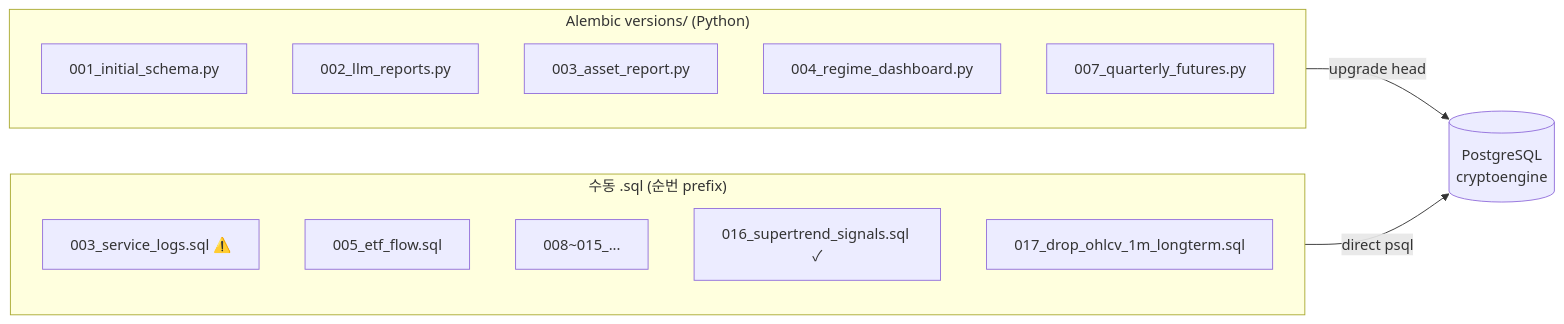
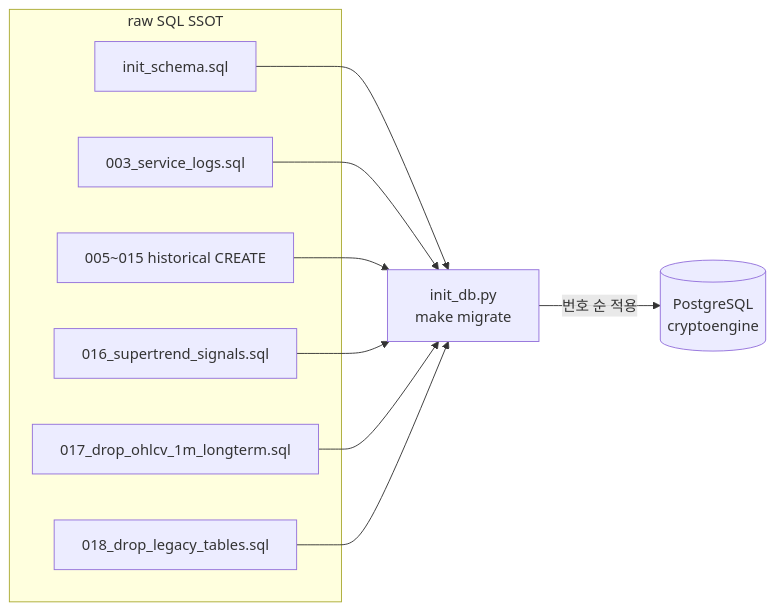
Before and after one commit to Justant-source/Bit-Mania: the second of 2 diagrams in docs/40-data/data-model.md, drawn with Mermaid. The commit also changed other lines of this file and 52 other files, not shown here.

First line of the commit message:
fix: fail-closed env, drop unused DB tables, and retire Alembic.

````diff
--- a/docs/40-data/data-model.md
+++ b/docs/40-data/data-model.md
@@ -290,20 +300,20 @@
 ```mermaid
 flowchart LR
-    subgraph alembic["Alembic versions/ (Python)"]
-        a1["001_initial_schema.py"]
-        a2["002_llm_reports.py"]
-        a3["003_asset_report.py"]
-        a4["004_regime_dashboard.py"]
-        a5["007_quarterly_futures.py"]
+    subgraph sql["raw SQL SSOT"]
+        init["init_schema.sql"]
+        s3["003_service_logs.sql"]
+        hist["005~015 historical CREATE"]
+        s16["016_supertrend_signals.sql"]
+        s17["017_drop_ohlcv_1m_longterm.sql"]
+        s18["018_drop_legacy_tables.sql"]
     end
-    subgraph sql["수동 .sql (순번 prefix)"]
-        s1["003_service_logs.sql ⚠️"]
-        s2["005_etf_flow.sql"]
-        s3["008~015_..."]
-        s4["016_supertrend_signals.sql ✓"]
-        s5["017_drop_ohlcv_1m_longterm.sql"]
-    end
+    runner["init_db.py<br/>make migrate"]
     pg[("PostgreSQL<br/>cryptoengine")]
-    alembic -->|upgrade head| pg
-    sql -->|direct psql| pg
+    init --> runner
+    s3 --> runner
+    hist --> runner
+    s16 --> runner
+    s17 --> runner
+    s18 --> runner
+    runner -->|번호 순 적용| pg
 ```
````
